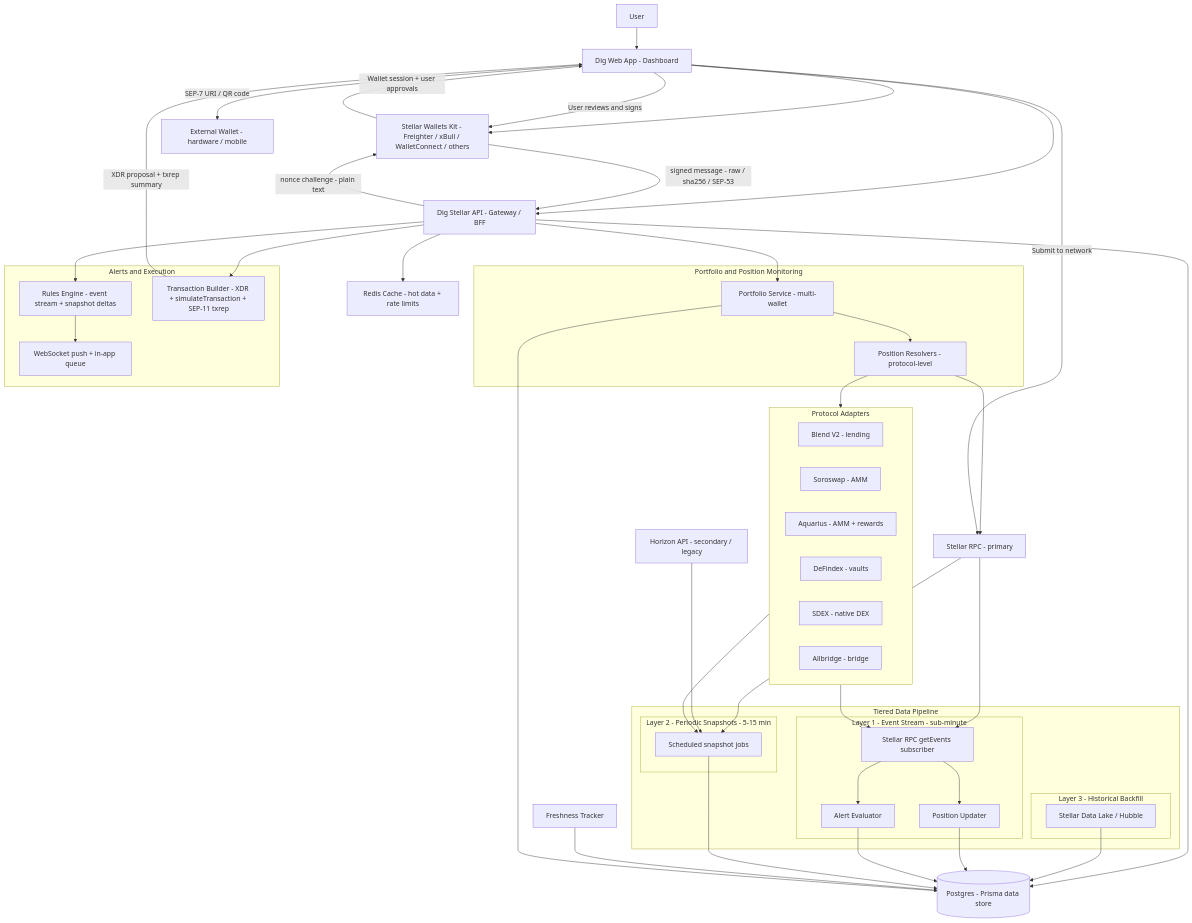
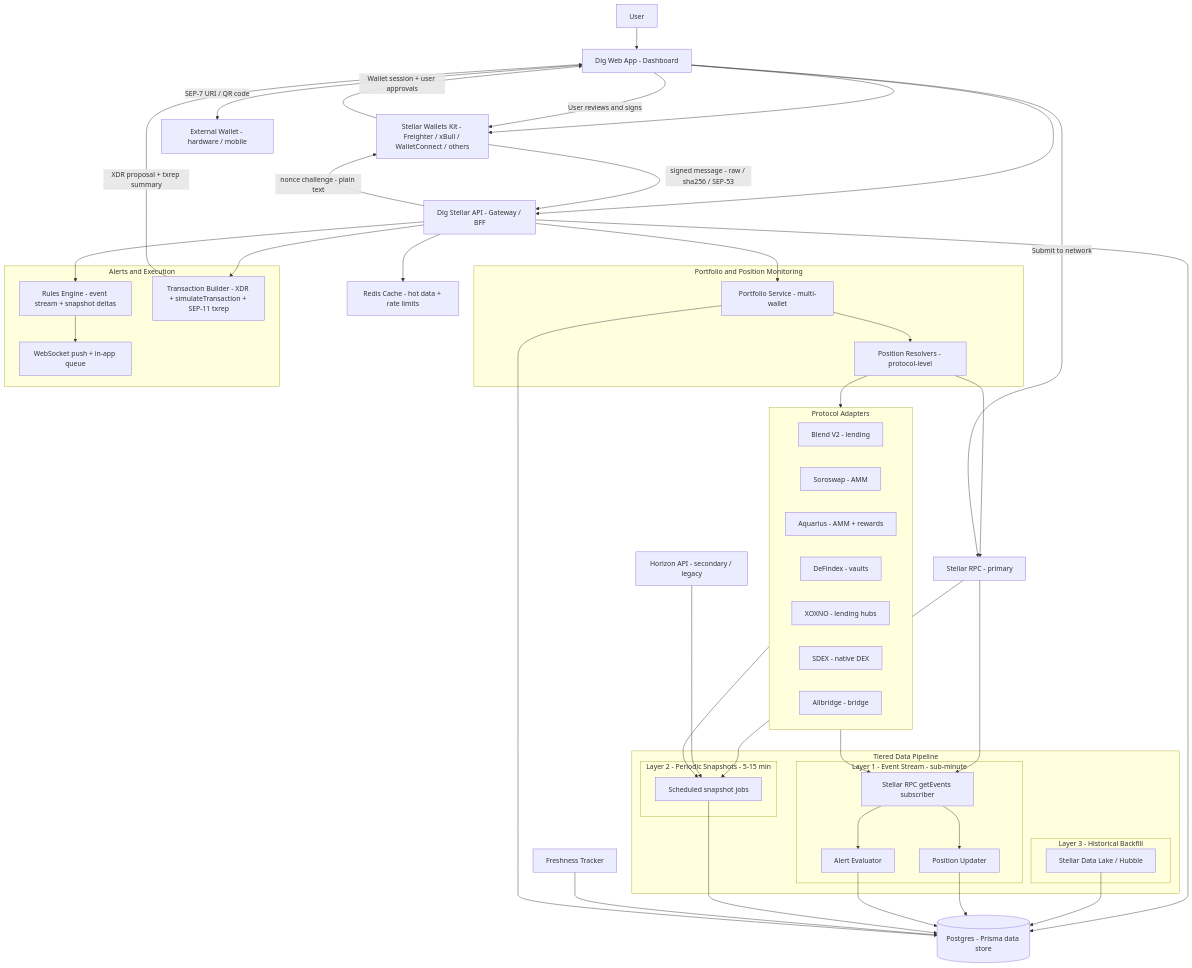
One commit to Mael-wnb/dig-stellar changed the first of 3 diagrams in docs/TECHNICAL_ARCHITECTURE.md. Above: the diagram before and after it, drawn with Mermaid. The commit also changed other lines of this file and 15 other files, not shown here.

Commit message:
docs(lot-xo): decision note, evidence, runbooks, deploy sequence, status

```diff
--- a/docs/TECHNICAL_ARCHITECTURE.md
+++ b/docs/TECHNICAL_ARCHITECTURE.md
@@ -68,6 +68,7 @@
     Soroswap[Soroswap - AMM]
     Aquarius[Aquarius - AMM + rewards]
     DeFindex[DeFindex - vaults]
+    XOXNO[XOXNO - lending hubs]
     SDEX[SDEX - native DEX]
     Allbridge[Allbridge - bridge]
   end
```
